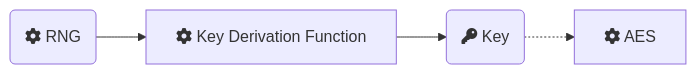
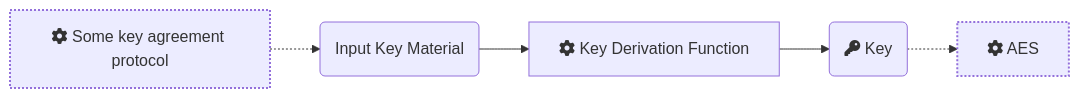
One commit to neuhalje/bouncy-gpg changed the second of 4 diagrams in website/content/HowTo/keys/_index.md. Above: the diagram before and after it, drawn with Mermaid. The commit also changed other lines of this file and 3 other files, not shown here.

```diff
--- a/website/content/HowTo/keys/_index.md
+++ b/website/content/HowTo/keys/_index.md
@@ -25,6 +63,10 @@
 {{<mermaid align="left">}}
 graph LR;
-    RNG(fa:fa-cog RNG) --> KDF[fa:fa-cog Key Derivation Function]
+    SourceProcess[fa:fa-cog Some key agreement protocol] -.-> IKM(Input Key Material)
+    IKM --> KDF[fa:fa-cog Key Derivation Function]
     KDF --> K(fa:fa-key Key)
     K -.-> AES[fa:fa-cog AES]
+    
+    classDef dotted_border stroke-width:2,stroke-dasharray:2,4;
+    class SourceProcess,AES dotted_border
 {{< /mermaid >}}
```
